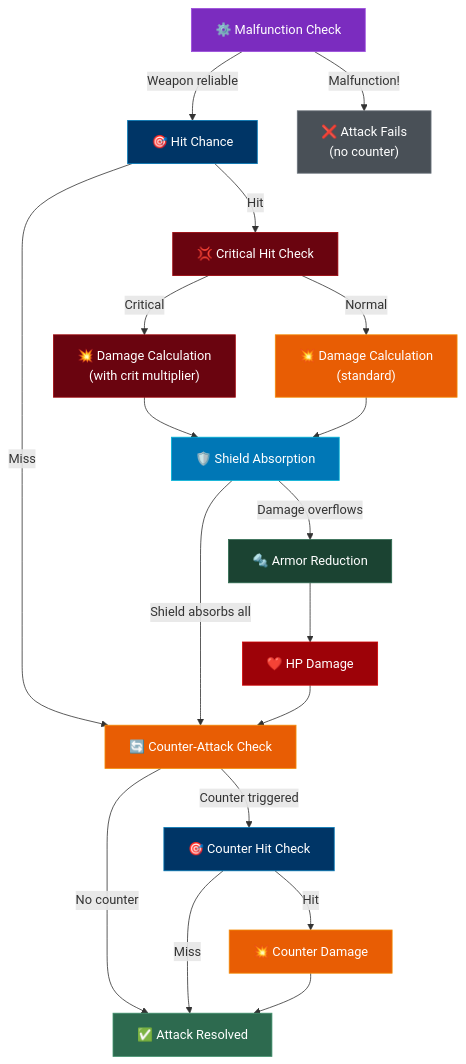
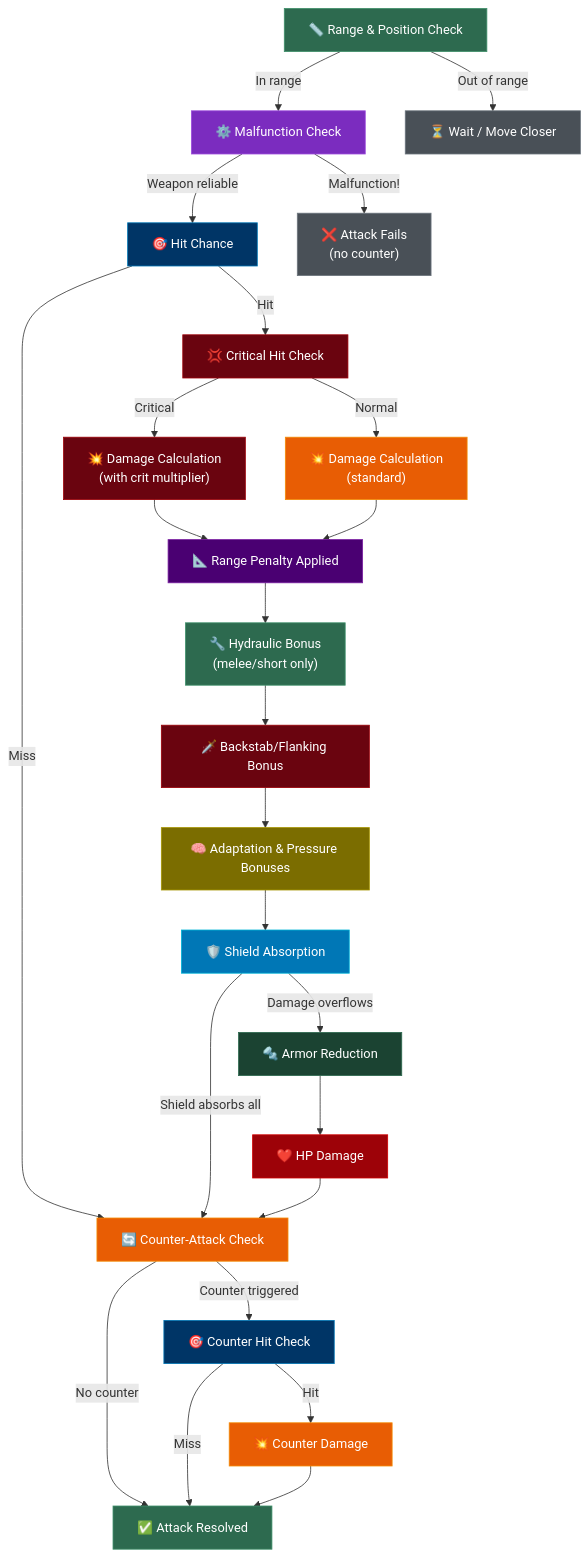
The diagram in prototype/backend/src/content/guide/combat/battle-flow.md (RobertTeunissen/ArmouredSouls), drawn with Mermaid before and after one commit. The commit also changed other lines of this file and 75 other files, not shown here.

````diff
--- a/prototype/backend/src/content/guide/combat/battle-flow.md
+++ b/prototype/backend/src/content/guide/combat/battle-flow.md
@@ -24,33 +70,45 @@
 ```mermaid
 flowchart TD
-    A["⚙️ Malfunction Check"] -->|Weapon reliable| B["🎯 Hit Chance"]
+    R["📏 Range & Position Check"] -->|In range| A["⚙️ Malfunction Check"]
+    R -->|Out of range| W["⏳ Wait / Move Closer"]
+    A -->|Weapon reliable| B["🎯 Hit Chance"]
     A -->|Malfunction!| F["❌ Attack Fails\n(no counter)"]
     B -->|Hit| C["💢 Critical Hit Check"]
     B -->|Miss| H["🔄 Counter-Attack Check"]
     C -->|Critical| D1["💥 Damage Calculation\n(with crit multiplier)"]
     C -->|Normal| D2["💥 Damage Calculation\n(standard)"]
-    D1 --> E1["🛡️ Shield Absorption"]
-    D2 --> E1
+    D1 --> RNG["📐 Range Penalty Applied"]
+    D2 --> RNG
+    RNG --> HYD["🔧 Hydraulic Bonus\n(melee/short only)"]
+    HYD --> BS["🗡️ Backstab/Flanking Bonus"]
+    BS --> ADP["🧠 Adaptation & Pressure Bonuses"]
+    ADP --> E1["🛡️ Shield Absorption"]
     E1 -->|Shield absorbs all| H
     E1 -->|Damage overflows| E2["🔩 Armor Reduction"]
     E2 --> E3["❤️ HP Damage"]
     E3 --> H
     H -->|Counter triggered| H2["🎯 Counter Hit Check"]
     H -->|No counter| G["✅ Attack Resolved"]
     H2 -->|Hit| H3["💥 Counter Damage"]
     H2 -->|Miss| G
     H3 --> G
+    style R fill:#2d6a4f,stroke:#40916c,color:#fff
     style A fill:#7b2cbf,stroke:#9d4edd,color:#fff
     style B fill:#003566,stroke:#0077b6,color:#fff
     style C fill:#6a040f,stroke:#9d0208,color:#fff
     style D1 fill:#6a040f,stroke:#9d0208,color:#fff
     style D2 fill:#e85d04,stroke:#f48c06,color:#fff
+    style RNG fill:#4a0072,stroke:#7b1fa2,color:#fff
+    style HYD fill:#2d6a4f,stroke:#40916c,color:#fff
+    style BS fill:#6a040f,stroke:#9d0208,color:#fff
+    style ADP fill:#7b6d00,stroke:#a69500,color:#fff
     style E1 fill:#0077b6,stroke:#00b4d8,color:#fff
     style E2 fill:#1b4332,stroke:#2d6a4f,color:#fff
     style E3 fill:#9d0208,stroke:#d00000,color:#fff
     style F fill:#495057,stroke:#6c757d,color:#fff
     style G fill:#2d6a4f,stroke:#40916c,color:#fff
+    style W fill:#495057,stroke:#6c757d,color:#fff
     style H fill:#e85d04,stroke:#f48c06,color:#fff
     style H2 fill:#003566,stroke:#0077b6,color:#fff
     style H3 fill:#e85d04,stroke:#f48c06,color:#fff
 ```
````
